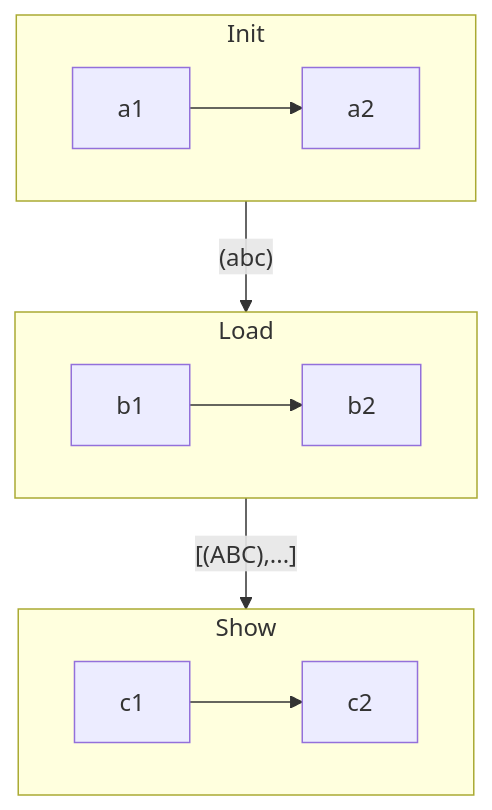
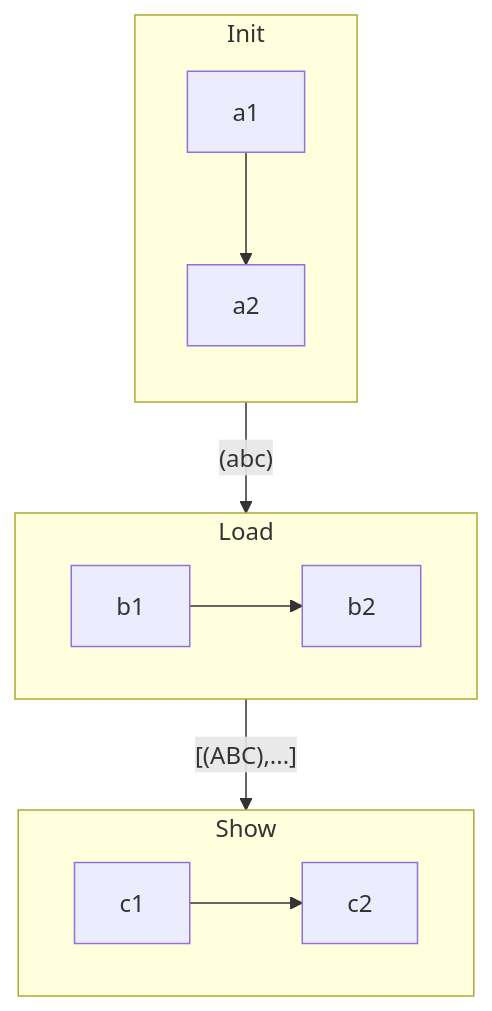
The first of 3 diagrams in README.md (Wilfongjt/lb-A), drawn with Mermaid before and after one commit.

````diff
--- a/README.md
+++ b/README.md
@@ -6,17 +6,21 @@
 ```mermaid
 flowchart TB
     
     subgraph Init
+      direction TB
     a1-->a2
     end
+    
     subgraph Load
     b1-->b2
     end
+    
     subgraph Show
     c1-->c2
     end
+    
     Init --> |"(abc)"| Load
     Load --> |"[(ABC),...]"| Show
     
     
 ```
````
